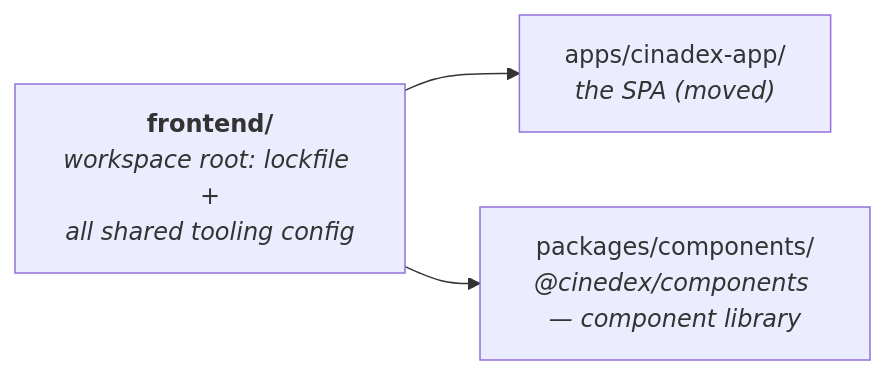
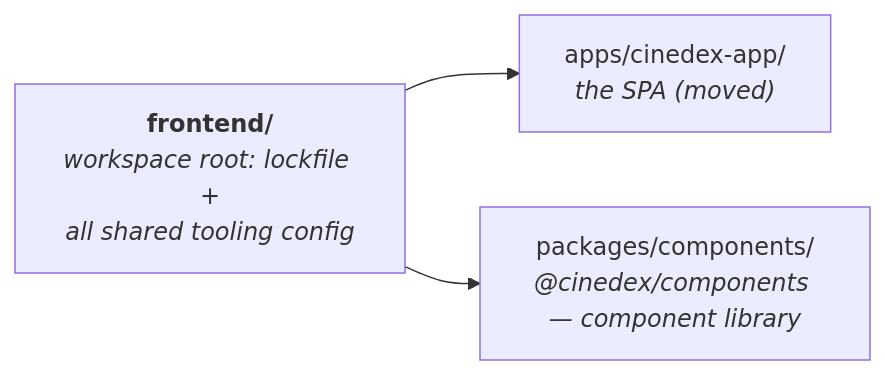
The diagram in docs/superpowers/specs/2026-08-05-frontend-workspace-component-library-design.md (felipedferreira/Cinedex), drawn with Mermaid before and after one commit. The commit also changed other lines of this file and 67 other files, not shown here.

Commit message:
fix(spelling): rename cinadex-app to cinedex-app and fix typos repo-wide (#63)

````diff
--- a/docs/superpowers/specs/2026-08-05-frontend-workspace-component-library-design.md
+++ b/docs/superpowers/specs/2026-08-05-frontend-workspace-component-library-design.md
@@ -26,7 +26,7 @@
 ```mermaid
 flowchart LR
     FE["<b>frontend/</b><br/><i>workspace root: lockfile +<br/>all shared tooling config</i>"]
 
-    FE --> APP["apps/cinadex-app/<br/><i>the SPA (moved)</i>"]
+    FE --> APP["apps/cinedex-app/<br/><i>the SPA (moved)</i>"]
     FE --> COMP["packages/components/<br/><i>@cinedex/components — component library</i>"]
 ```
````
